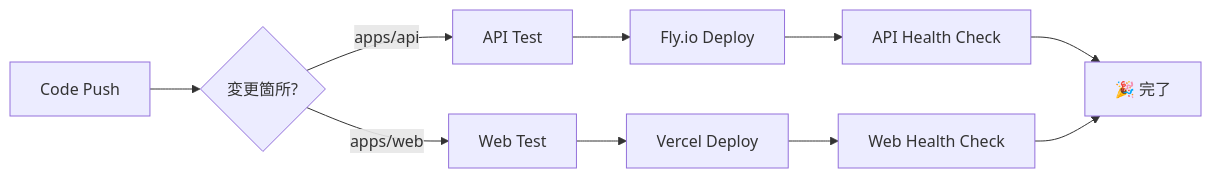
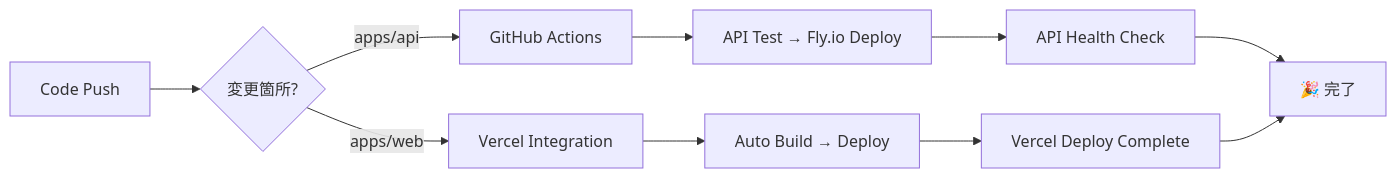
The diagram in CI-CD-SETUP.md (masa10-f/HumanCompiler), drawn with Mermaid before and after one commit. The commit also changed other lines of this file and 2 other files, not shown here.

````diff
--- a/CI-CD-SETUP.md
+++ b/CI-CD-SETUP.md
@@ -90,12 +89,12 @@
 ```mermaid
 graph LR
     A[Code Push] --> B{変更箇所?}
-    B -->|apps/api| C[API Test]
-    B -->|apps/web| D[Web Test]
-    C --> E[Fly.io Deploy]
-    D --> F[Vercel Deploy]
+    B -->|apps/api| C[GitHub Actions]
+    B -->|apps/web| D[Vercel Integration]
+    C --> E[API Test → Fly.io Deploy]
+    D --> F[Auto Build → Deploy]
     E --> G[API Health Check]
-    F --> H[Web Health Check]
+    F --> H[Vercel Deploy Complete]
     G --> I[🎉 完了]
     H --> I
 ```
````
